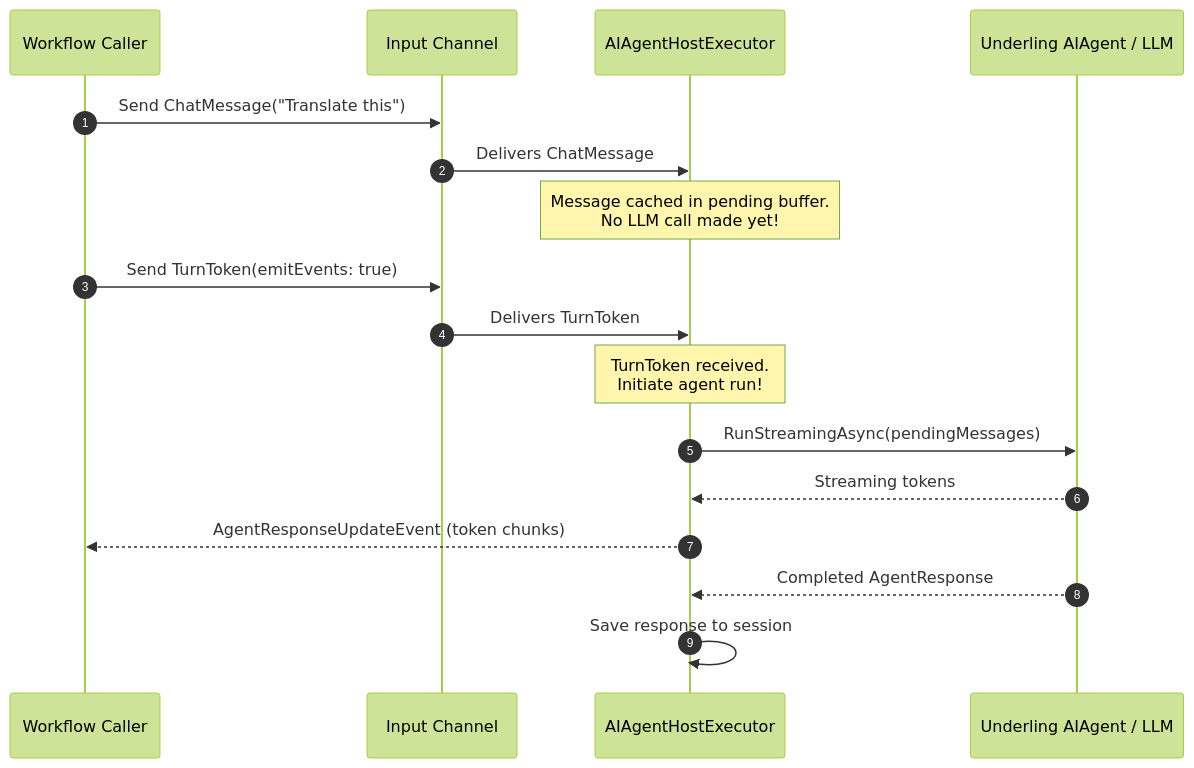
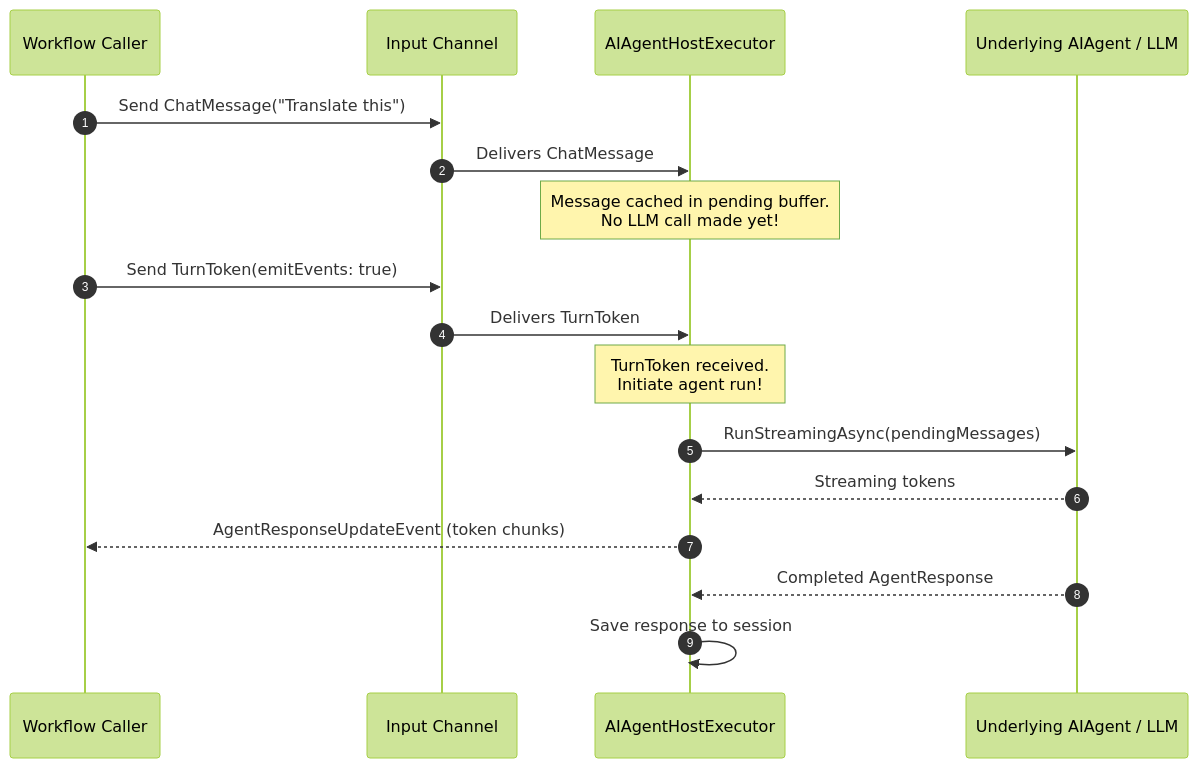
The third of 5 diagrams in 12-agents-in-workflows.md (HiggsGaama/C-MAF), drawn with Mermaid (forest theme) before and after one commit. The commit also changed other lines of this file and 6 other files, not shown here.

Commit message:
fixed diagrams

````diff
--- a/12-agents-in-workflows.md
+++ b/12-agents-in-workflows.md
@@ -103,20 +103,20 @@
 ```mermaid
 sequenceDiagram
     autonumber
     participant Caller as Workflow Caller
     participant Input as Input Channel
     participant Host as AIAgentHostExecutor
-    participant LLM as Underling AIAgent / LLM
+    participant LLM as Underlying AIAgent / LLM
 
     Caller->>Input: Send ChatMessage("Translate this")
     Input->>Host: Delivers ChatMessage
     Note over Host: Message cached in pending buffer.<br/>No LLM call made yet!
     Caller->>Input: Send TurnToken(emitEvents: true)
     Input->>Host: Delivers TurnToken
     Note over Host: TurnToken received.<br/>Initiate agent run!
     Host->>LLM: RunStreamingAsync(pendingMessages)
     LLM-->>Host: Streaming tokens
     Host-->>Caller: AgentResponseUpdateEvent (token chunks)
     LLM-->>Host: Completed AgentResponse
     Host->>Host: Save response to session
 ```
````
